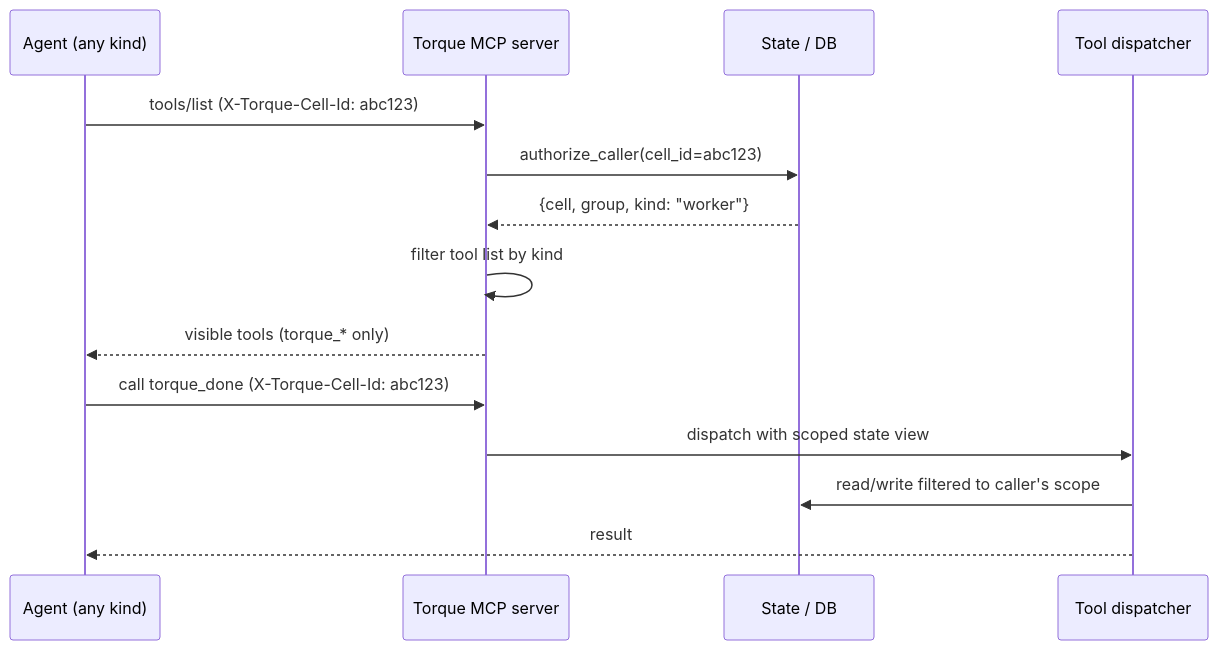
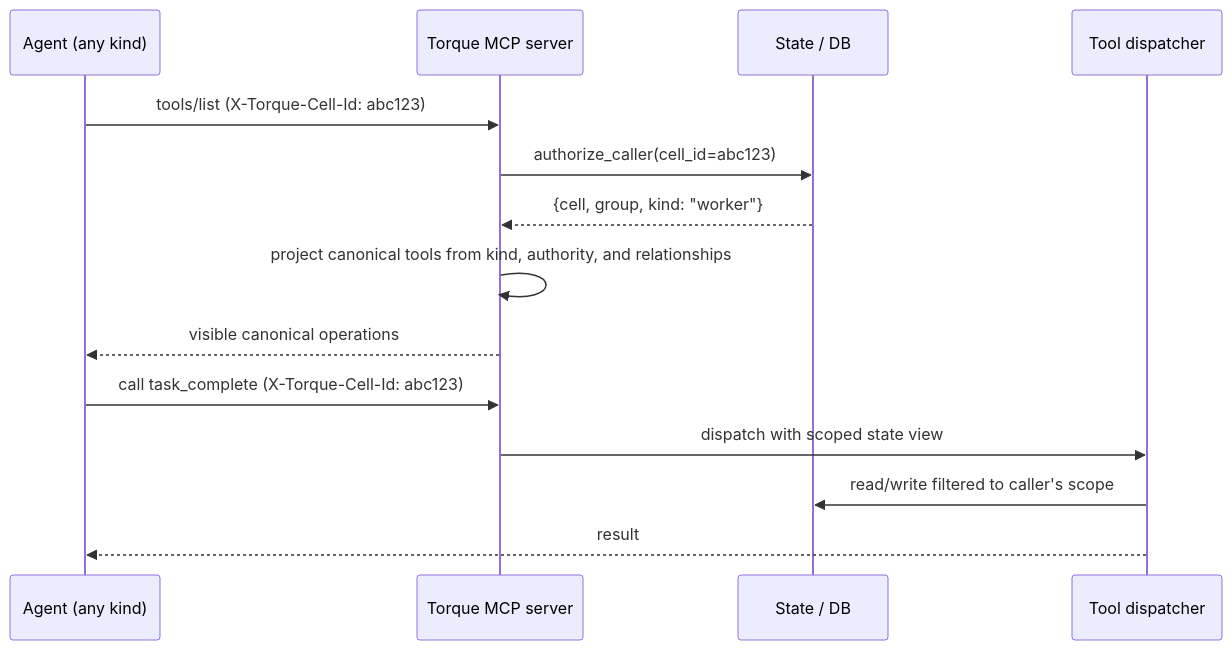
Before and after one commit to runtorque/torque: the diagram in docs/team/mcp-scoping.md, drawn with Mermaid. The commit also changed other lines of this file and 79 other files, not shown here.

Commit message:
refactor: consolidate MCP tool surface

````diff
--- a/docs/team/mcp-scoping.md
+++ b/docs/team/mcp-scoping.md
@@ -23,17 +28,17 @@
 ```mermaid
 sequenceDiagram
     participant Agent as Agent (any kind)
     participant MCP as Torque MCP server
     participant State as State / DB
     participant Tool as Tool dispatcher
 
     Agent->>MCP: tools/list (X-Torque-Cell-Id: abc123)
     MCP->>State: authorize_caller(cell_id=abc123)
     State-->>MCP: {cell, group, kind: "worker"}
-    MCP->>MCP: filter tool list by kind
-    MCP-->>Agent: visible tools (torque_* only)
-    Agent->>MCP: call torque_done (X-Torque-Cell-Id: abc123)
+    MCP->>MCP: project canonical tools from kind, authority, and relationships
+    MCP-->>Agent: visible canonical operations
+    Agent->>MCP: call task_complete (X-Torque-Cell-Id: abc123)
     MCP->>Tool: dispatch with scoped state view
     Tool->>State: read/write filtered to caller's scope
     Tool-->>Agent: result
 ```
````
